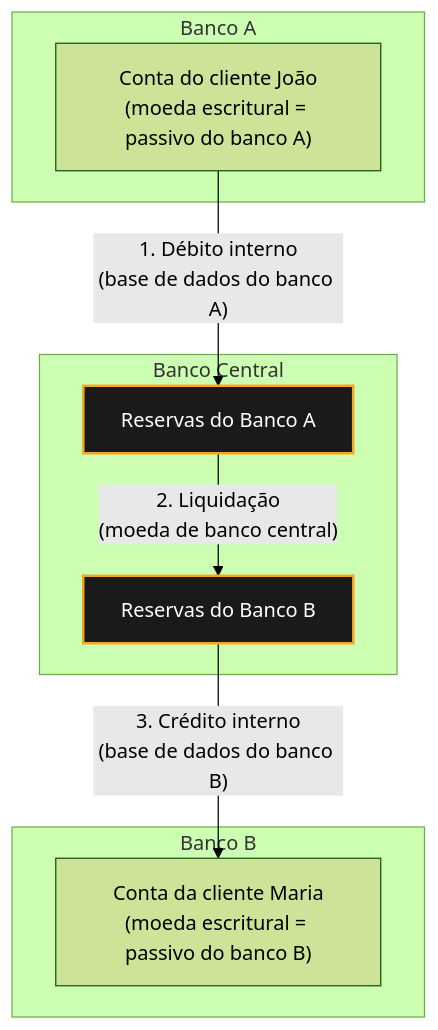
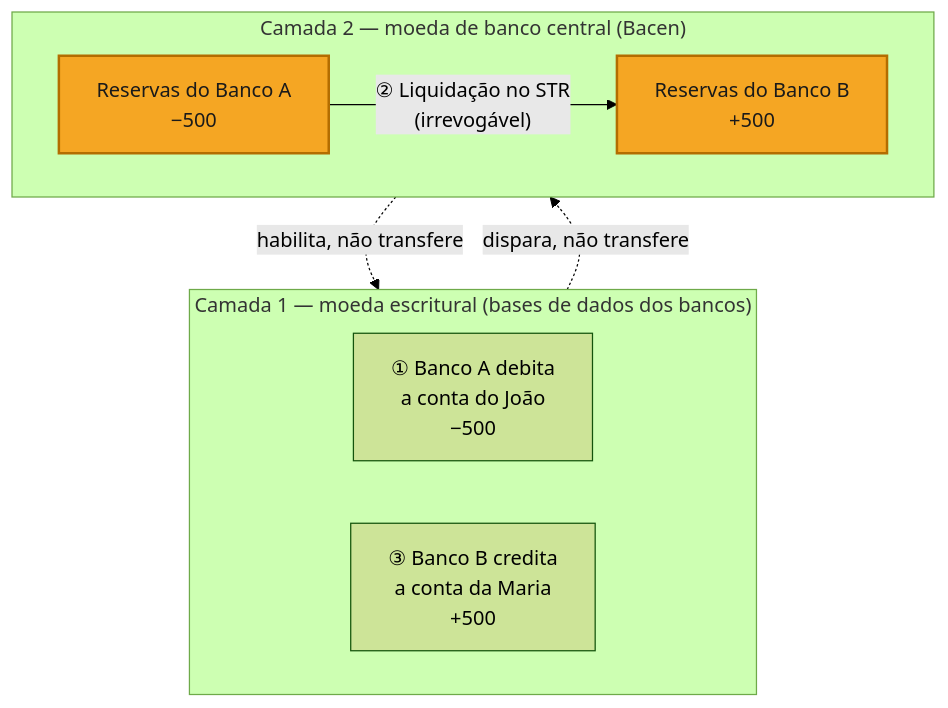
One commit to danielbfr3/sobre_aws changed the third of 23 diagrams in apostila-sistema-financeiro-brasileiro-dev.md. Above: the diagram before and after it, drawn with Mermaid (forest theme). The commit also changed other lines of this file, not shown here.

````diff
--- a/apostila-sistema-financeiro-brasileiro-dev.md
+++ b/apostila-sistema-financeiro-brasileiro-dev.md
@@ -210,22 +289,20 @@
 ```mermaid
 graph TB
-    subgraph BancoA["Banco A"]
-        CC1["Conta do cliente João<br/>(moeda escritural = passivo do banco A)"]
+    classDef destaque fill:#f5a623,stroke:#b36d00,color:#1a1a1a,stroke-width:2px
+
+    subgraph Camada1["Camada 1 — moeda escritural (bases de dados dos bancos)"]
+        direction LR
+        CC1["① Banco A debita<br/>a conta do João<br/>−500"]
+        CC2["③ Banco B credita<br/>a conta da Maria<br/>+500"]
     end
 
-    subgraph Bacen["Banco Central"]
-        RA["Reservas do Banco A"]
-        RB["Reservas do Banco B"]
+    subgraph Camada2["Camada 2 — moeda de banco central (Bacen)"]
+        direction LR
+        RA["Reservas do Banco A<br/>−500"] -->|"② Liquidação no STR<br/>(irrevogável)"| RB["Reservas do Banco B<br/>+500"]
     end
 
-    subgraph BancoB["Banco B"]
-        CC2["Conta da cliente Maria<br/>(moeda escritural = passivo do banco B)"]
-    end
+    CC1 -.->|"dispara, não transfere"| RA
+    RB -.->|"habilita, não transfere"| CC2
 
-    CC1 -->|"1. Débito interno<br/>(base de dados do banco A)"| RA
-    RA -->|"2. Liquidação<br/>(moeda de banco central)"| RB
-    RB -->|"3. Crédito interno<br/>(base de dados do banco B)"| CC2
-
-    style RA fill:#1a1a1a,color:#fff,stroke:#f5a623,stroke-width:2px
-    style RB fill:#1a1a1a,color:#fff,stroke:#f5a623,stroke-width:2px
+    class RA,RB destaque
 ```
````
